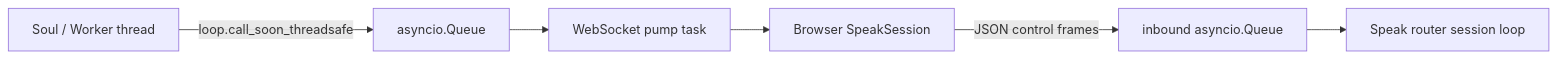
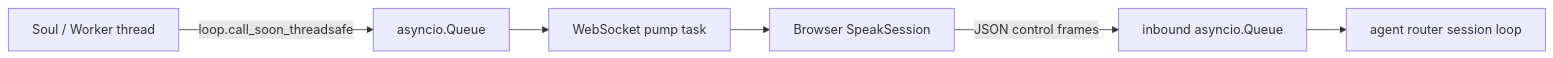
Before and after one commit to SunsettiaSama/Animus: the third of 3 diagrams in docs/webui/README.md, drawn with Mermaid. The commit also changed other lines of this file and 251 other files, not shown here.

````diff
--- a/docs/webui/README.md
+++ b/docs/webui/README.md
@@ -161,8 +217,8 @@
 ```mermaid
 flowchart LR
     T["Soul / Worker thread"] -->|"loop.call_soon_threadsafe"| Q["asyncio.Queue"]
     Q --> P["WebSocket pump task"]
     P --> B["Browser SpeakSession"]
     B -->|"JSON control frames"| I["inbound asyncio.Queue"]
-    I --> R["Speak router session loop"]
+    I --> R["agent router session loop"]
 ```
````
